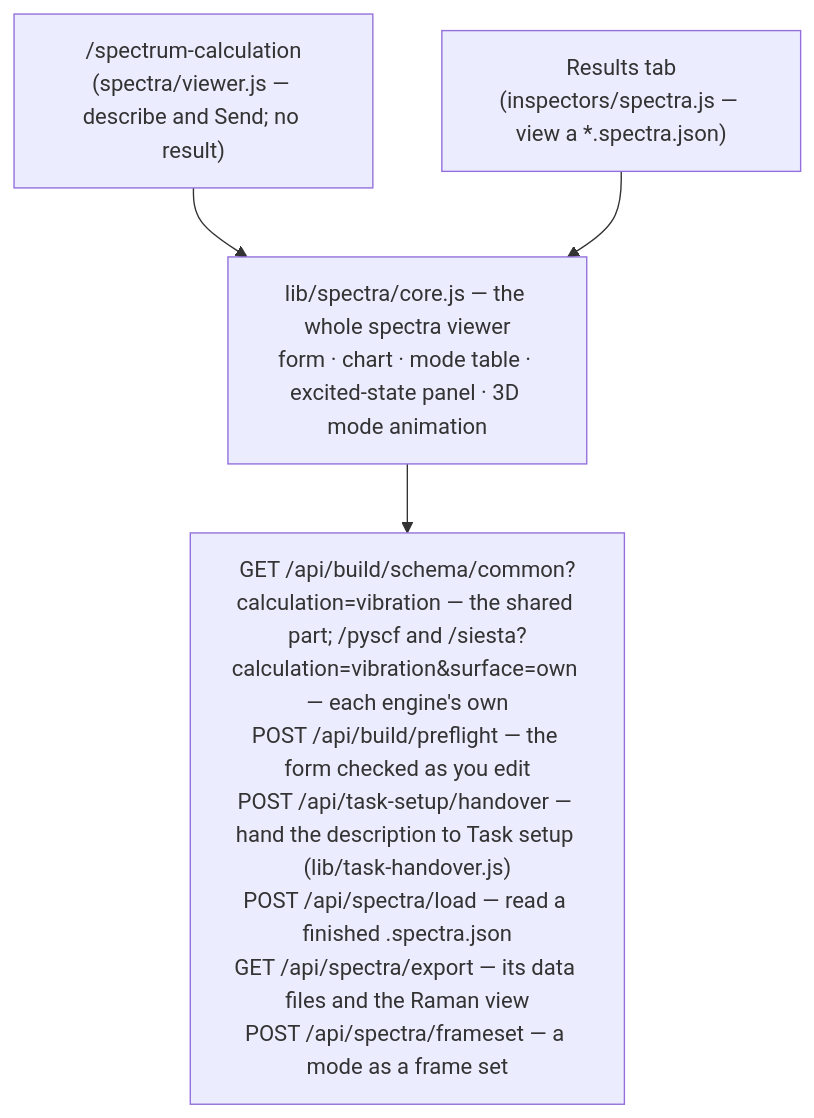
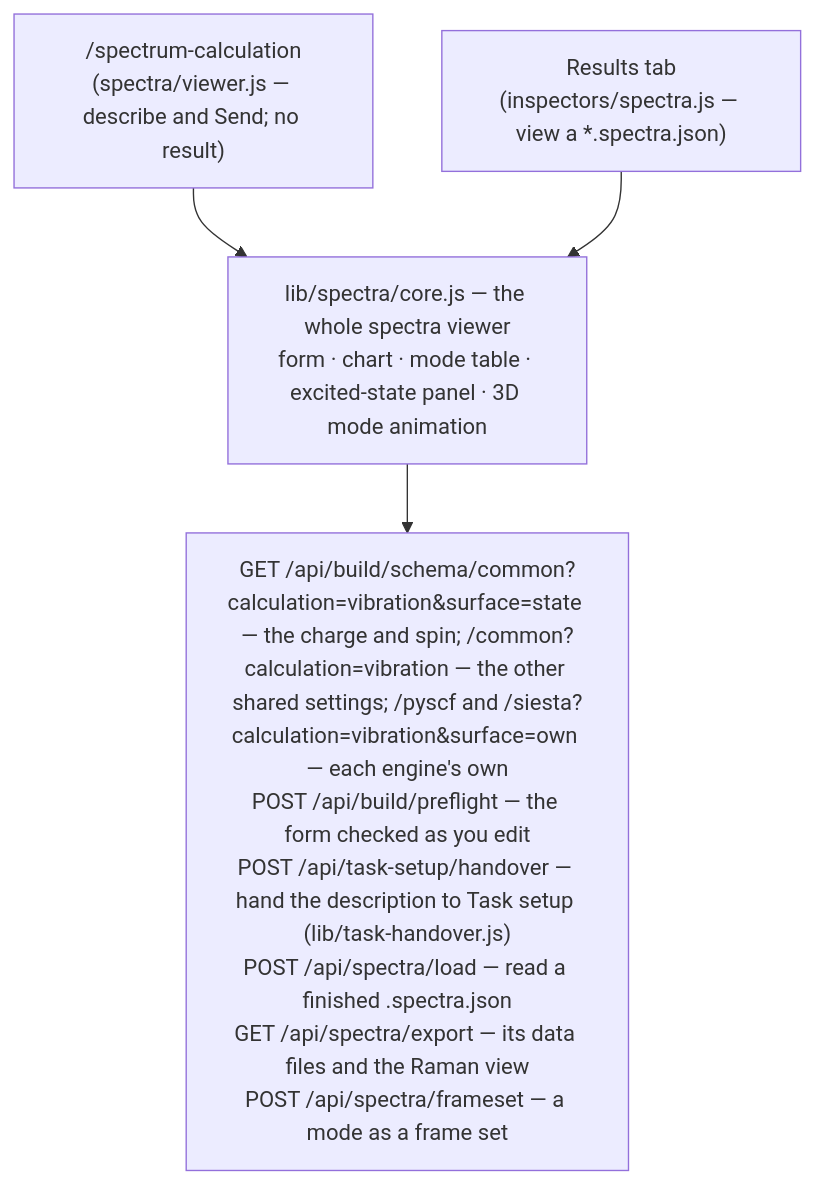
The diagram in docs/web/spectra.md (Qing-LAB/molbuilder), drawn with Mermaid before and after one commit. The commit also changed other lines of this file and 36 other files, not shown here.

````diff
--- a/docs/web/spectra.md
+++ b/docs/web/spectra.md
@@ -58,7 +58,7 @@
 ```mermaid
 flowchart TD
   ENG["lib/spectra/core.js — the whole spectra viewer<br/>form · chart · mode table · excited-state panel · 3D mode animation"]
   TAB["/spectrum-calculation<br/>(spectra/viewer.js — describe and Send; no result)"] --> ENG
   RES["Results tab<br/>(inspectors/spectra.js — view a *.spectra.json)"] --> ENG
-  ENG --> API["GET /api/build/schema/common?calculation=vibration — the shared part; /pyscf and /siesta?calculation=vibration&surface=own — each engine's own<br/>POST /api/build/preflight — the form checked as you edit<br/>POST /api/task-setup/handover — hand the description to Task setup (lib/task-handover.js)<br/>POST /api/spectra/load — read a finished .spectra.json<br/>GET /api/spectra/export — its data files and the Raman view<br/>POST /api/spectra/frameset — a mode as a frame set"]
+  ENG --> API["GET /api/build/schema/common?calculation=vibration&surface=state — the charge and spin; /common?calculation=vibration — the other shared settings; /pyscf and /siesta?calculation=vibration&surface=own — each engine's own<br/>POST /api/build/preflight — the form checked as you edit<br/>POST /api/task-setup/handover — hand the description to Task setup (lib/task-handover.js)<br/>POST /api/spectra/load — read a finished .spectra.json<br/>GET /api/spectra/export — its data files and the Raman view<br/>POST /api/spectra/frameset — a mode as a frame set"]
 ```
````
